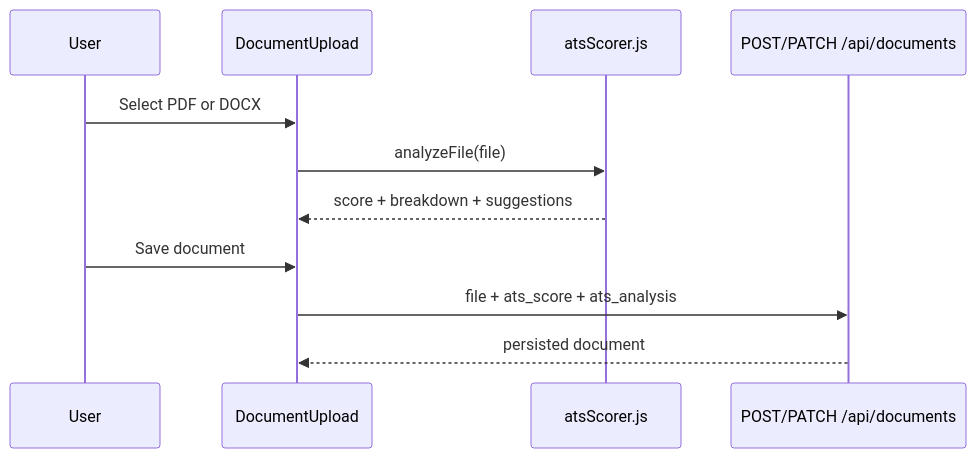
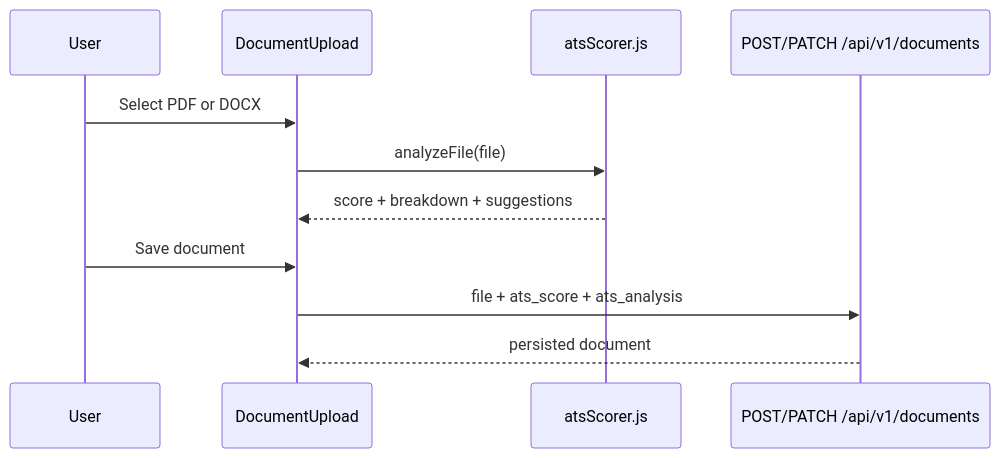
The diagram in docs/documents-and-ats.md (Venkat-Kolasani/FutureStack), drawn with Mermaid before and after one commit. The commit also changed other lines of this file and 14 other files, not shown here.

````diff
--- a/docs/documents-and-ats.md
+++ b/docs/documents-and-ats.md
@@ -83,14 +83,14 @@
 ```mermaid
 sequenceDiagram
     participant U as User
     participant UI as DocumentUpload
     participant ATS as atsScorer.js
-    participant API as POST/PATCH /api/documents
+    participant API as POST/PATCH /api/v1/documents
 
     U->>UI: Select PDF or DOCX
     UI->>ATS: analyzeFile(file)
     ATS-->>UI: score + breakdown + suggestions
     U->>UI: Save document
     UI->>API: file + ats_score + ats_analysis
     API-->>UI: persisted document
 ```
````
